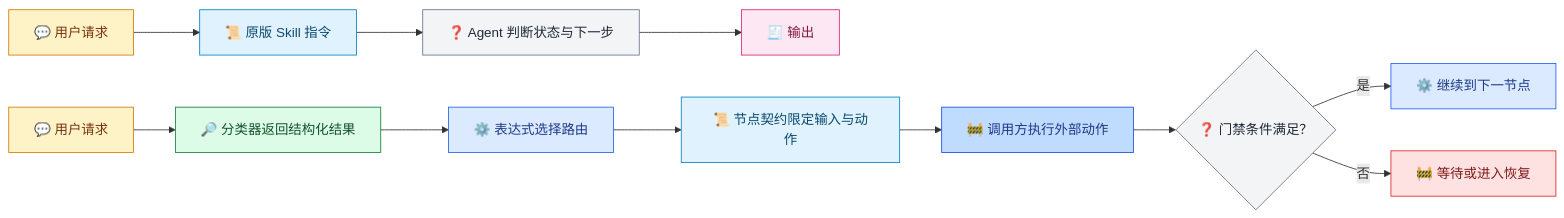
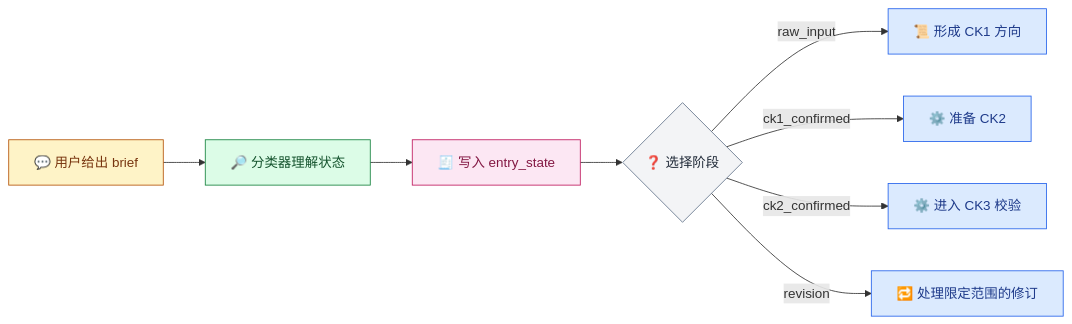
One commit to waynebaby/Techne-Loom changed the first of 3 diagrams in docs/zh-cn/articles/skill-unchanged-rules-gated.md. Above: the diagram before and after it, drawn with Mermaid. The commit also changed other lines of this file and 6 other files, not shown here.

````diff
--- a/docs/zh-cn/articles/skill-unchanged-rules-gated.md
+++ b/docs/zh-cn/articles/skill-unchanged-rules-gated.md
@@ -119,30 +49,20 @@
 ```mermaid
 flowchart LR
-    U["💬 用户请求"] --> A["📜 原版 Skill 指令"]
-    A --> B["❓ Agent 判断状态与下一步"]
-    B --> O["🧾 输出"]
-    U2["💬 用户请求"] --> C["🔎 分类器返回结构化结果"]
-    C --> R["⚙️ 表达式选择路由"]
-    R --> N["📜 节点契约限定输入与动作"]
-    N --> X["🚧 调用方执行外部动作"]
-    X --> G{"❓ 门禁条件满足？"}
-    G -->|是| NEXT["⚙️ 继续到下一节点"]
-    G -->|否| STOP["🚧 等待或进入恢复"]
-
-    classDef userInput fill:#FEF3C7,stroke:#D97706,color:#78350F
-    classDef contract fill:#E0F2FE,stroke:#0284C7,color:#0C4A6E
+    A["💬 用户给出 brief"] --> B["🔎 分类器理解状态"]
+    B --> C["🧾 写入 entry_state"]
+    C --> D{"❓ 选择阶段"}
+    D -->|raw_input| E["📜 形成 CK1 方向"]
+    D -->|ck1_confirmed| F["⚙️ 准备 CK2"]
+    D -->|ck2_confirmed| G["⚙️ 进入 CK3 校验"]
+    D -->|revision| H["🔁 处理限定范围的修订"]
+    classDef user fill:#FEF3C7,stroke:#B45309,color:#78350F
     classDef model fill:#DCFCE7,stroke:#15803D,color:#14532D
+    classDef evidence fill:#FCE7F3,stroke:#BE185D,color:#831843
     classDef decision fill:#F3F4F6,stroke:#64748B,color:#1F2937
     classDef runtime fill:#DBEAFE,stroke:#2563EB,color:#1E3A8A
-    classDef tool fill:#BFDBFE,stroke:#1D4ED8,color:#1E3A8A
-    classDef blocked fill:#FEE2E2,stroke:#DC2626,color:#7F1D1D
-    classDef output fill:#FCE7F3,stroke:#DB2777,color:#831843
-    class U,U2 userInput
-    class A,N contract
-    class B,G decision
-    class C model
-    class R,NEXT runtime
-    class X tool
-    class STOP blocked
-    class O output
+    class A user
+    class B model
+    class C evidence
+    class D decision
+    class E,F,G,H runtime
 ```
````
